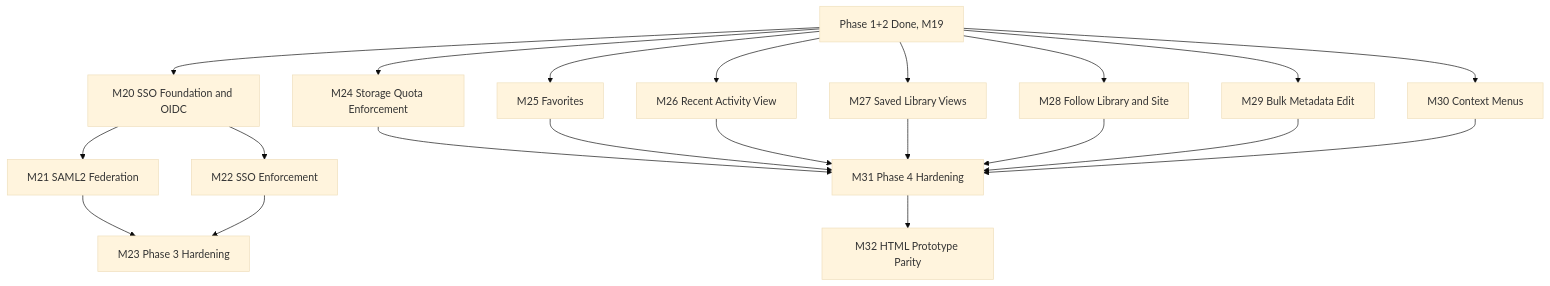
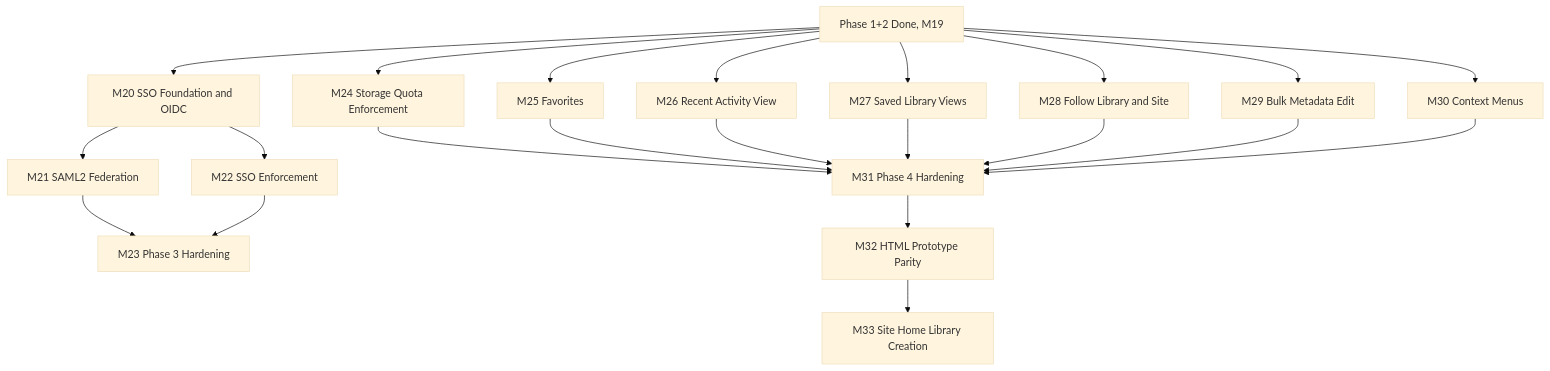
One commit to yanziyang/eDMS changed the diagram in doc/ImplementationPlan V1.2.md. Above: the diagram before and after it, drawn with Mermaid (base theme). The commit also changed other lines of this file and 3 other files, not shown here.

Commit message:
feat: add site library creation from site home (M33)

````diff
--- a/doc/ImplementationPlan V1.2.md
+++ b/doc/ImplementationPlan V1.2.md
@@ -169,23 +170,24 @@
 ```mermaid
 graph TD
     P[Phase 1+2 Done, M19] --> M20[M20 SSO Foundation and OIDC]
     M20 --> M21[M21 SAML2 Federation]
     M20 --> M22[M22 SSO Enforcement]
     M21 --> M23[M23 Phase 3 Hardening]
     M22 --> M23
     P --> M24[M24 Storage Quota Enforcement]
     P --> M25[M25 Favorites]
     P --> M26[M26 Recent Activity View]
     P --> M27[M27 Saved Library Views]
     P --> M28[M28 Follow Library and Site]
     P --> M29[M29 Bulk Metadata Edit]
     P --> M30[M30 Context Menus]
     M24 --> M31[M31 Phase 4 Hardening]
     M25 --> M31
     M26 --> M31
     M27 --> M31
     M28 --> M31
     M29 --> M31
     M30 --> M31
     M31 --> M32[M32 HTML Prototype Parity]
+    M32 --> M33[M33 Site Home Library Creation]
 ```
````
